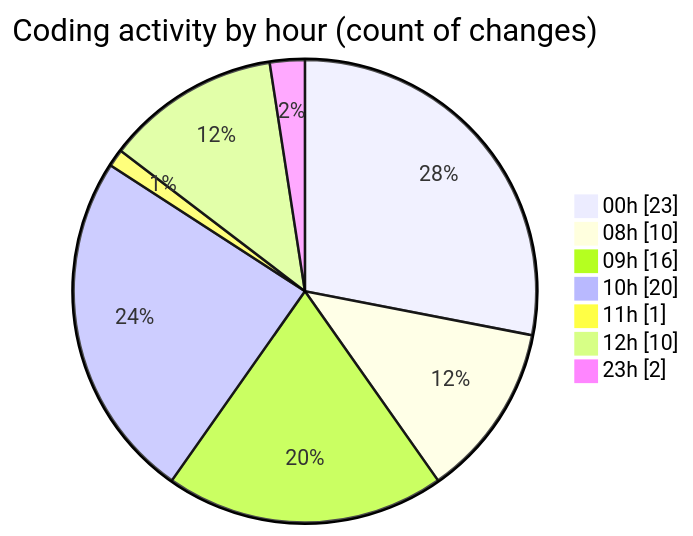
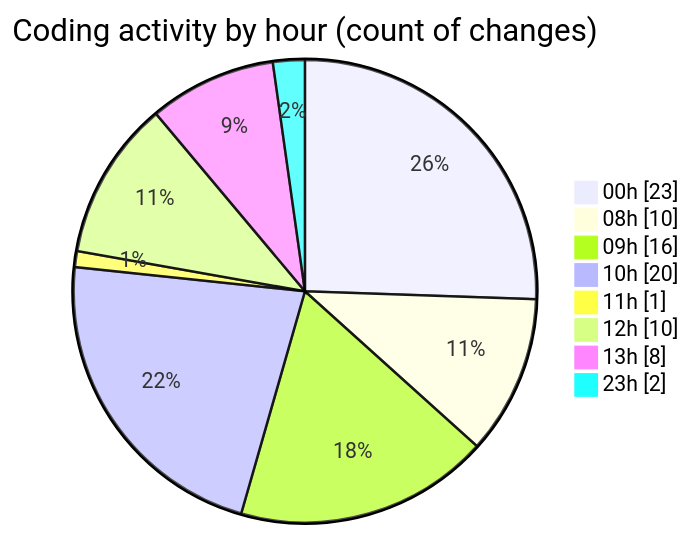
One commit to Elitesun/code-tracking changed the second of 2 diagrams in 2025-05-29/advertise/README.md. Above: the diagram before and after it, drawn with Mermaid. The commit also changed other lines of this file and 1 other file, not shown here.

````diff
--- a/2025-05-29/advertise/README.md
+++ b/2025-05-29/advertise/README.md
@@ -37,11 +38,12 @@
 ```mermaid
 pie showData
 title Coding activity by hour (count of changes)
 "00h" : 23
 "08h" : 10
 "09h" : 16
 "10h" : 20
 "11h" : 1
 "12h" : 10
+"13h" : 8
 "23h" : 2
 ```
````
